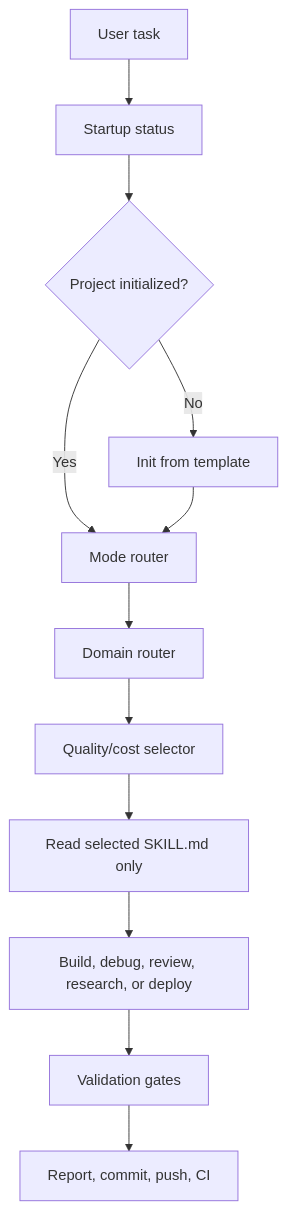
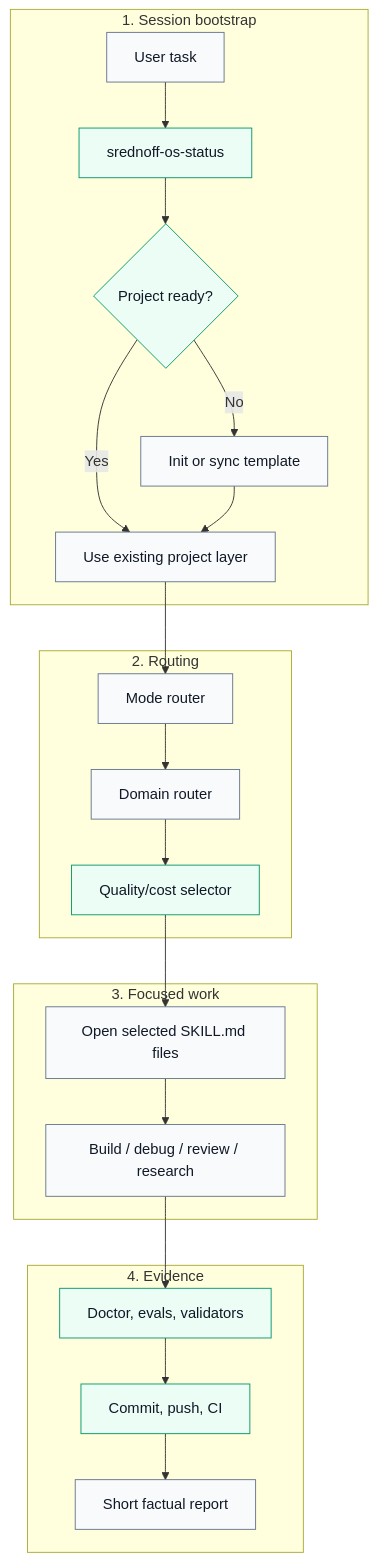
One commit to srednoff888-art/srednoff-os changed the first of 3 diagrams in README.md. Above: the diagram before and after it, drawn with Mermaid. The commit also changed other lines of this file and 1 other file, not shown here.

Commit message:
Improve README diagrams and Russian overview

````diff
--- a/README.md
+++ b/README.md
@@ -90,14 +118,33 @@
 ```mermaid
-flowchart TD
-    A["User task"] --> B["Startup status"]
-    B --> C{"Project initialized?"}
-    C -- "No" --> D["Init from template"]
-    C -- "Yes" --> E["Mode router"]
-    D --> E
-    E --> F["Domain router"]
-    F --> G["Quality/cost selector"]
-    G --> H["Read selected SKILL.md only"]
-    H --> I["Build, debug, review, research, or deploy"]
-    I --> J["Validation gates"]
-    J --> K["Report, commit, push, CI"]
+flowchart TB
+    subgraph S["1. Session bootstrap"]
+        A["User task"] --> B["srednoff-os-status"]
+        B --> C{"Project ready?"}
+        C -- "No" --> D["Init or sync template"]
+        C -- "Yes" --> E["Use existing project layer"]
+        D --> E
+    end
+
+    subgraph R["2. Routing"]
+        E --> F["Mode router"]
+        F --> G["Domain router"]
+        G --> H["Quality/cost selector"]
+    end
+
+    subgraph W["3. Focused work"]
+        H --> I["Open selected SKILL.md files"]
+        I --> J["Build / debug / review / research"]
+    end
+
+    subgraph V["4. Evidence"]
+        J --> K["Doctor, evals, validators"]
+        K --> L["Commit, push, CI"]
+        L --> M["Short factual report"]
+    end
+
+    classDef phase fill:#eff6ff,stroke:#2563eb,color:#111827;
+    classDef gate fill:#ecfdf5,stroke:#059669,color:#111827;
+    classDef action fill:#f8fafc,stroke:#64748b,color:#111827;
+    class B,C,H,K,L gate;
+    class A,D,E,F,G,I,J,M action;
 ```
````
